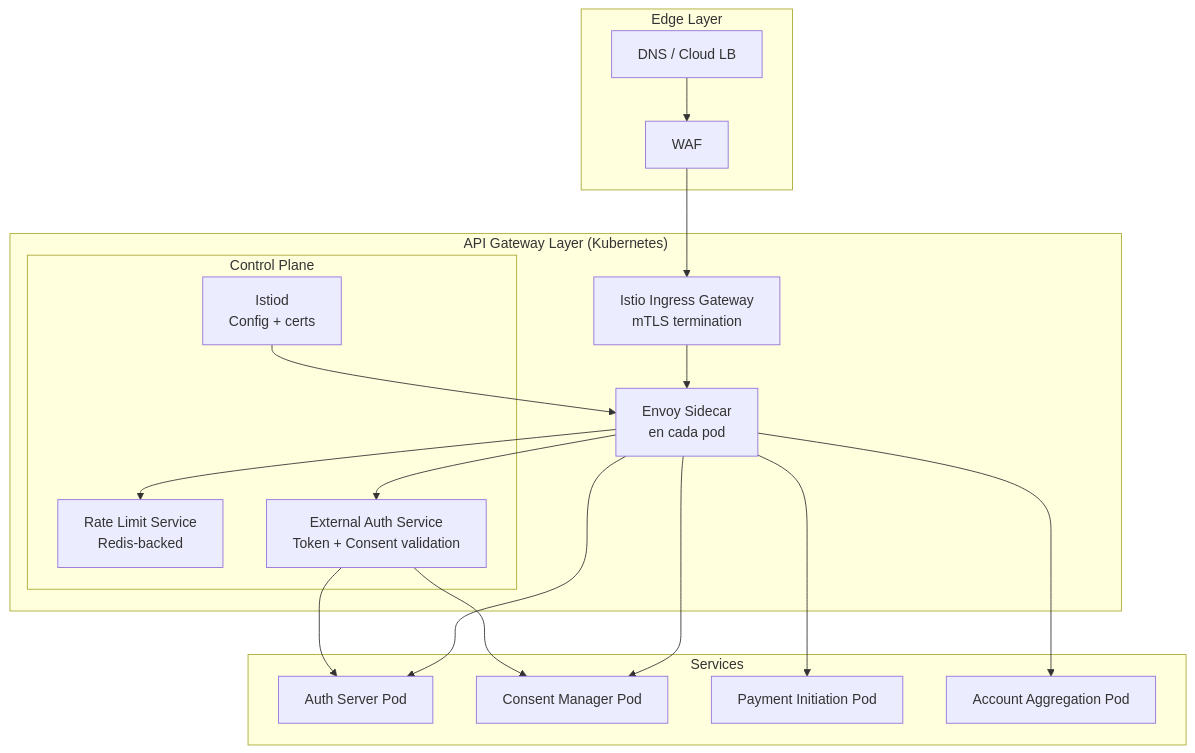
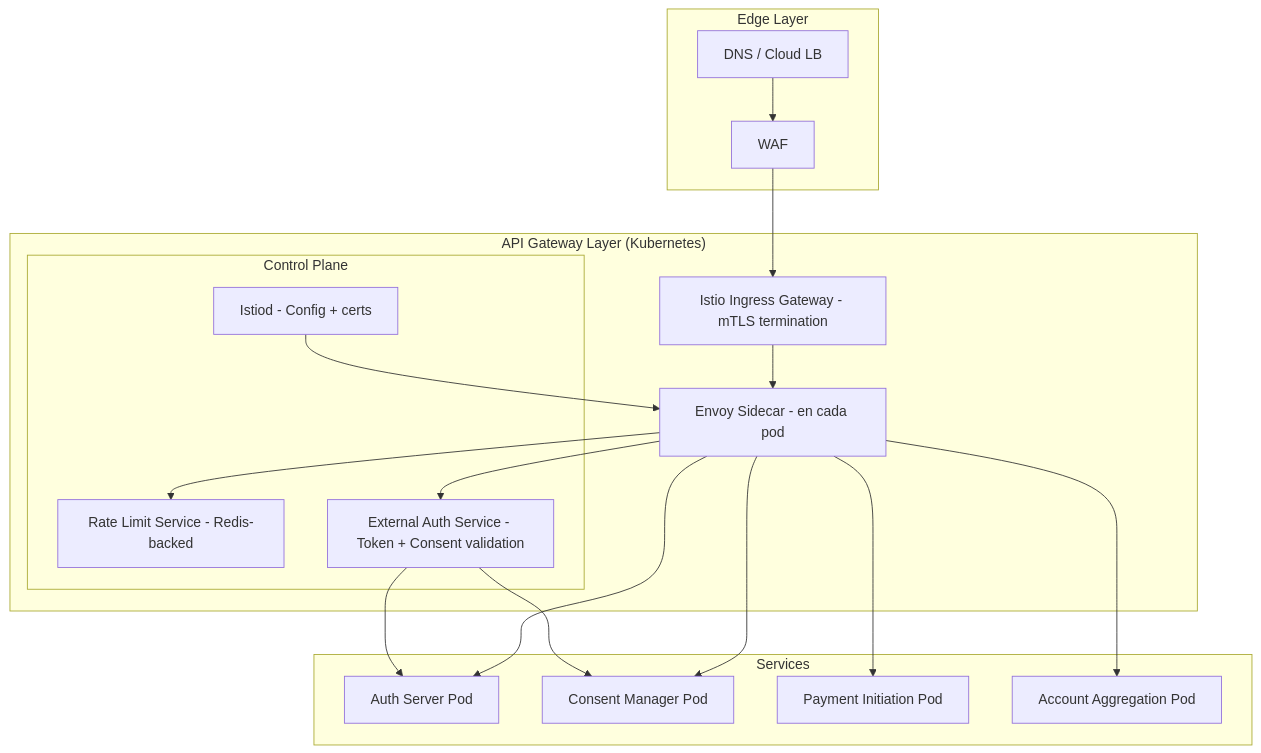
One commit to somospragma/integration-consent-manager changed the seventh of 7 diagrams in docs/architecture/api-management-services.md. Above: the diagram before and after it, drawn with Mermaid. The commit also changed other lines of this file and 9 other files, not shown here.

Commit message:
fix: corregir diagramas Mermaid - quitar paréntesis y \n incompatibles con GitHub

````diff
--- a/docs/architecture/api-management-services.md
+++ b/docs/architecture/api-management-services.md
@@ -513,38 +513,38 @@
 ```mermaid
 graph TB
     subgraph "Edge Layer"
         DNS[DNS / Cloud LB]
         WAF[WAF]
     end
 
     subgraph "API Gateway Layer (Kubernetes)"
-        ISTIO_GW[Istio Ingress Gateway\nmTLS termination]
-        ENVOY[Envoy Sidecar\nen cada pod]
+        ISTIO_GW[Istio Ingress Gateway - mTLS termination]
+        ENVOY[Envoy Sidecar - en cada pod]
         
         subgraph "Control Plane"
-            ISTIOD[Istiod\nConfig + certs]
-            RLS[Rate Limit Service\nRedis-backed]
-            EXT_AUTH[External Auth Service\nToken + Consent validation]
+            ISTIOD[Istiod - Config + certs]
+            RLS[Rate Limit Service - Redis-backed]
+            EXT_AUTH[External Auth Service - Token + Consent validation]
         end
     end
 
     subgraph "Services"
         AS_POD[Auth Server Pod]
         CM_POD[Consent Manager Pod]
         PI_POD[Payment Initiation Pod]
         AA_POD[Account Aggregation Pod]
     end
 
     DNS --> WAF
     WAF --> ISTIO_GW
     ISTIO_GW --> ENVOY
     ENVOY --> RLS
     ENVOY --> EXT_AUTH
     EXT_AUTH --> AS_POD
     EXT_AUTH --> CM_POD
     ENVOY --> AS_POD
     ENVOY --> CM_POD
     ENVOY --> PI_POD
     ENVOY --> AA_POD
     ISTIOD --> ENVOY
 ```
````
